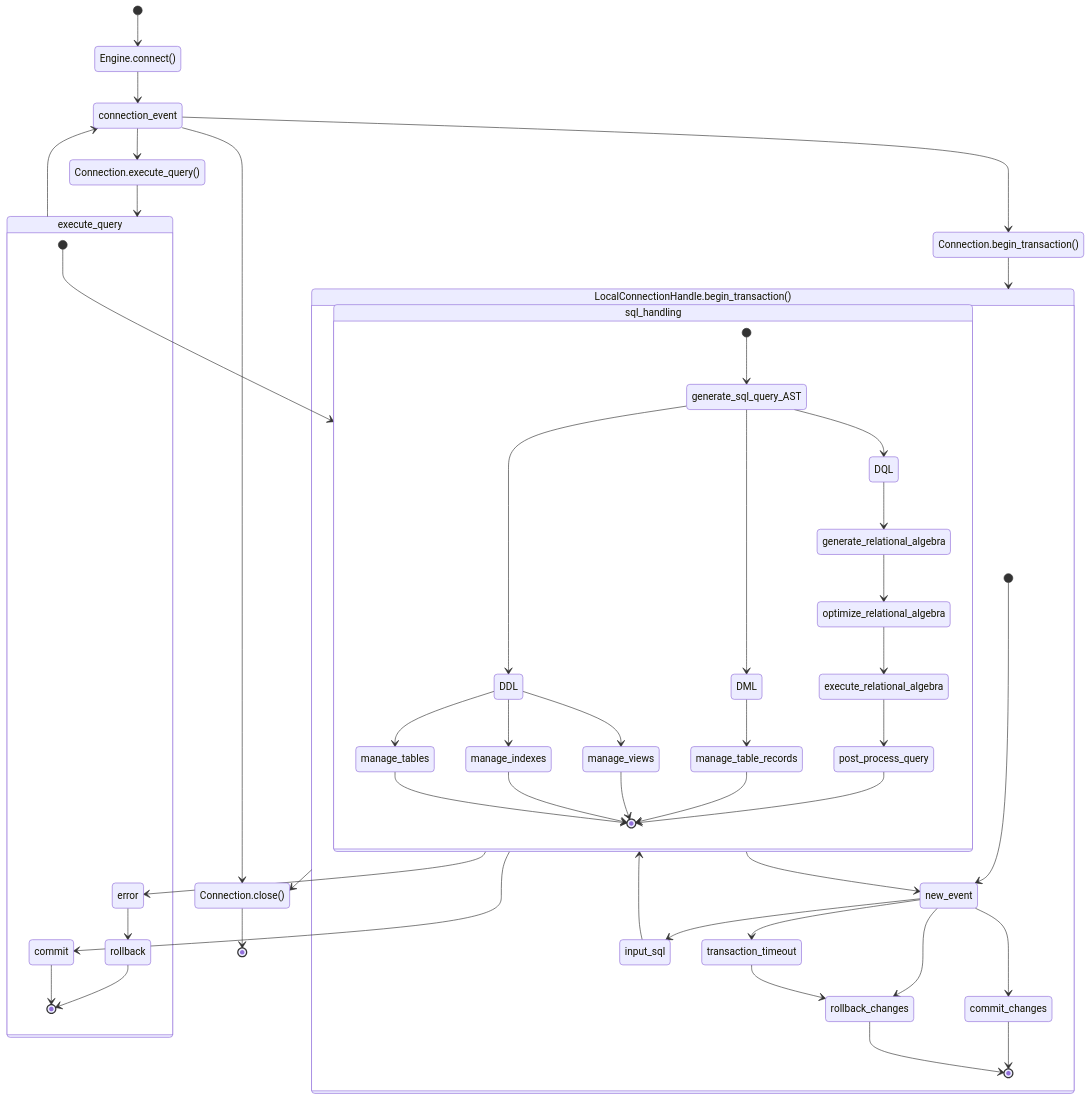
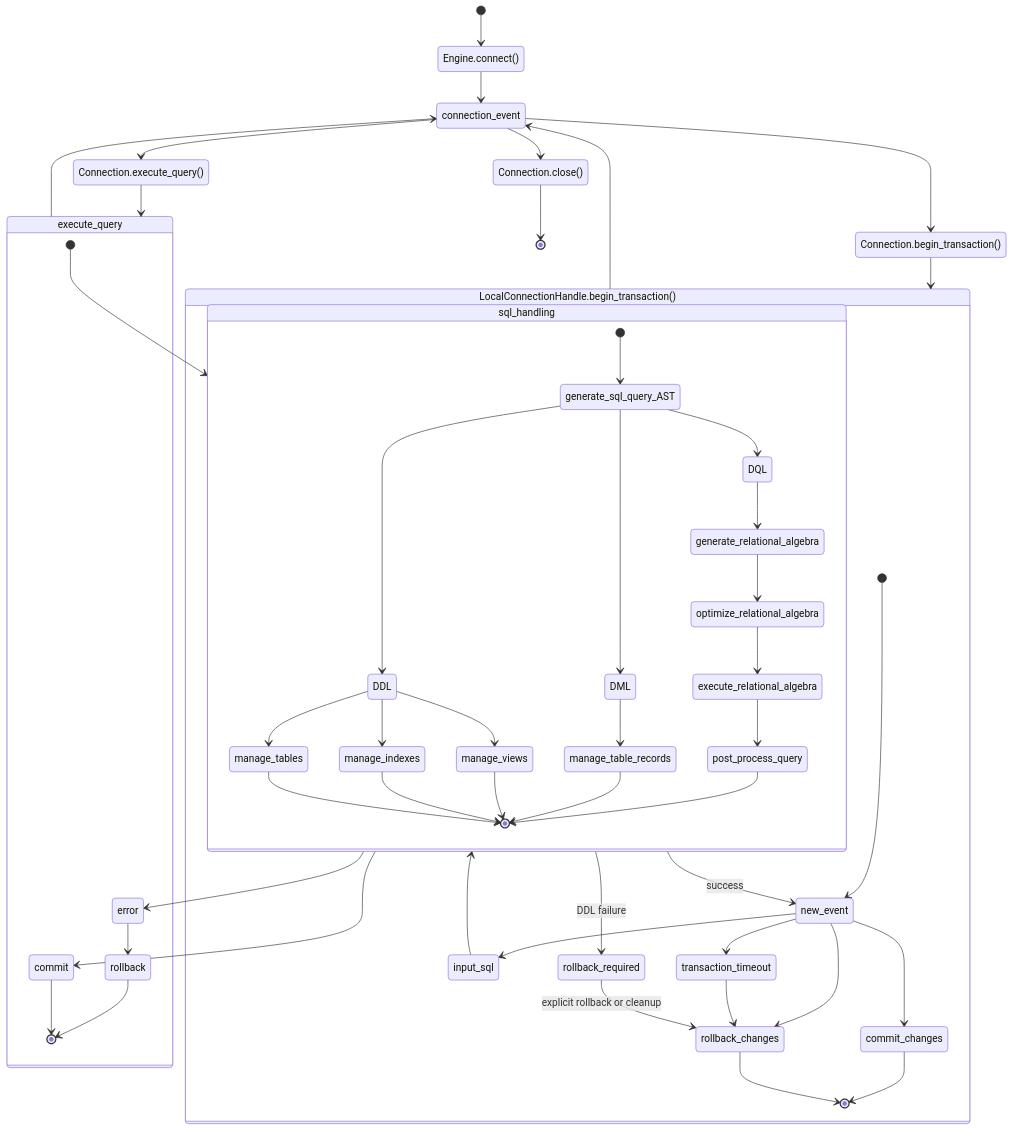
Before and after one commit to adityarao2005/database: the second of 2 diagrams in docs/design/local_sql_db.md, drawn with Mermaid. The commit also changed other lines of this file, not shown here.

Commit message:
refactor: enhance class diagram for Catalog and Transaction; add methods for DDL operations and improve metadata handling

````diff
--- a/docs/design/local_sql_db.md
+++ b/docs/design/local_sql_db.md
@@ -72,69 +95,71 @@
 ```mermaid
 stateDiagram-v2
 
     [*] --> Engine.connect()
 
     Engine.connect() --> connection_event
     connection_event --> Connection.execute_query()
     connection_event --> Connection.begin_transaction()
 
     Connection.execute_query() --> execute_query
     execute_query --> connection_event
     connection_event --> Connection.close()
 
     state execute_query {
         [*] --> sql_handling
         sql_handling --> error
         error --> rollback
         rollback --> [*]
         sql_handling --> commit
         commit --> [*]
     }
 
     Connection.begin_transaction() --> LocalConnectionHandle.begin_transaction()
 
-    LocalConnectionHandle.begin_transaction() --> Connection.close()
+    LocalConnectionHandle.begin_transaction() --> connection_event
 
     state LocalConnectionHandle.begin_transaction() {
         [*] --> new_event
         new_event --> input_sql
         new_event --> commit_changes
         new_event --> rollback_changes
         new_event --> transaction_timeout
         transaction_timeout --> rollback_changes
 
         commit_changes --> [*]
         rollback_changes --> [*]
 
         input_sql --> sql_handling
-        sql_handling --> new_event
+        sql_handling --> new_event : success
+        sql_handling --> rollback_required : DDL failure
+        rollback_required --> rollback_changes : explicit rollback or cleanup
     }
 
     state sql_handling {
         [*] --> generate_sql_query_AST
         
         generate_sql_query_AST --> DDL
         DDL --> manage_tables
         manage_tables --> [*]
 
         DDL --> manage_indexes
         manage_indexes --> [*]
 
         DDL --> manage_views
         manage_views --> [*]
 
         generate_sql_query_AST --> DML
         DML --> manage_table_records
         manage_table_records --> [*]
         
         generate_sql_query_AST --> DQL
         DQL --> generate_relational_algebra
         generate_relational_algebra --> optimize_relational_algebra
         optimize_relational_algebra --> execute_relational_algebra
         execute_relational_algebra --> post_process_query
 
         post_process_query --> [*]
     }
 
     Connection.close() --> [*]
 ```
````
